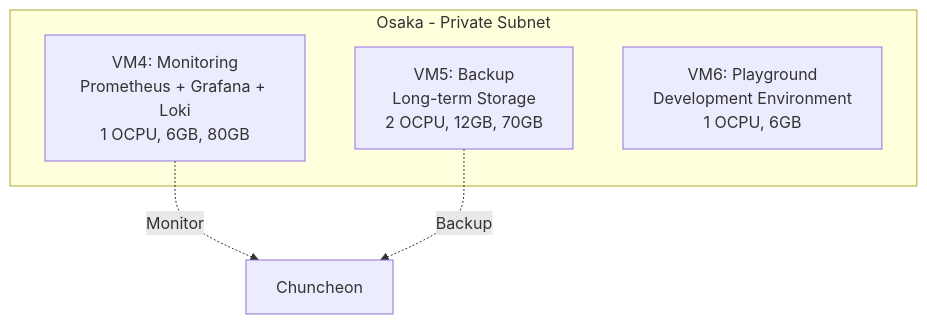
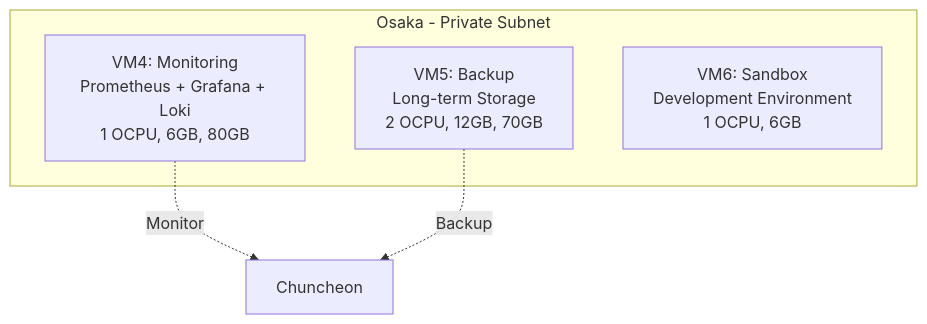
The second of 2 diagrams in profile/README.md (BNGdrasil/.github), drawn with Mermaid before and after one commit. The commit also changed other lines of this file and 2 other files, not shown here.

````diff
--- a/profile/README.md
+++ b/profile/README.md
@@ -99,11 +93,11 @@
 ```mermaid
 graph TB
     subgraph "Osaka - Private Subnet"
         VM4[VM4: Monitoring<br/>Prometheus + Grafana + Loki<br/>1 OCPU, 6GB, 80GB]
         VM5[VM5: Backup<br/>Long-term Storage<br/>2 OCPU, 12GB, 70GB]
-        VM6[VM6: Playground<br/>Development Environment<br/>1 OCPU, 6GB]
+        VM6[VM6: Sandbox<br/>Development Environment<br/>1 OCPU, 6GB]
     end
     
     VM4 -.Monitor.-> Chuncheon
     VM5 -.Backup.-> Chuncheon
 ```
````
